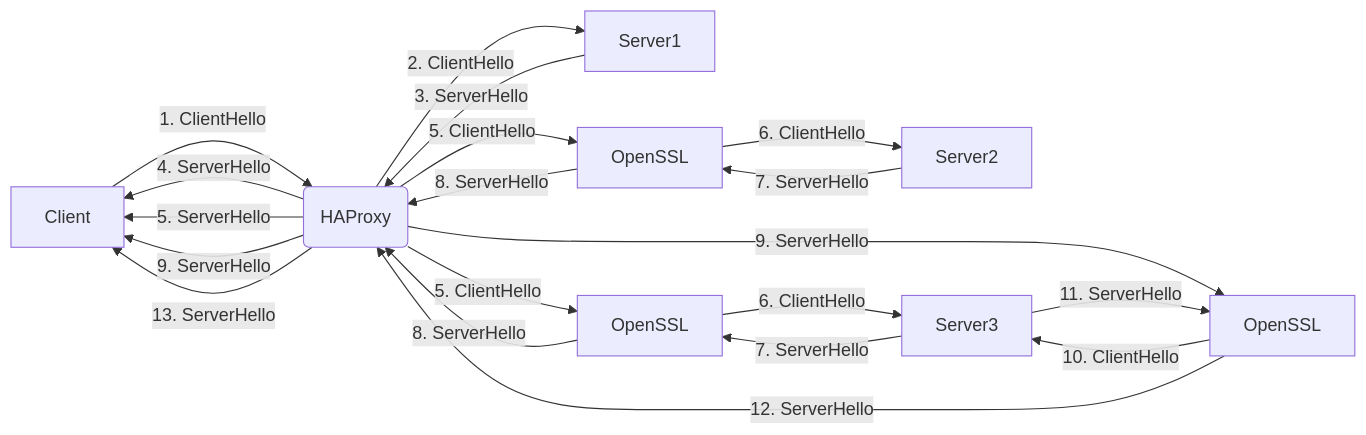
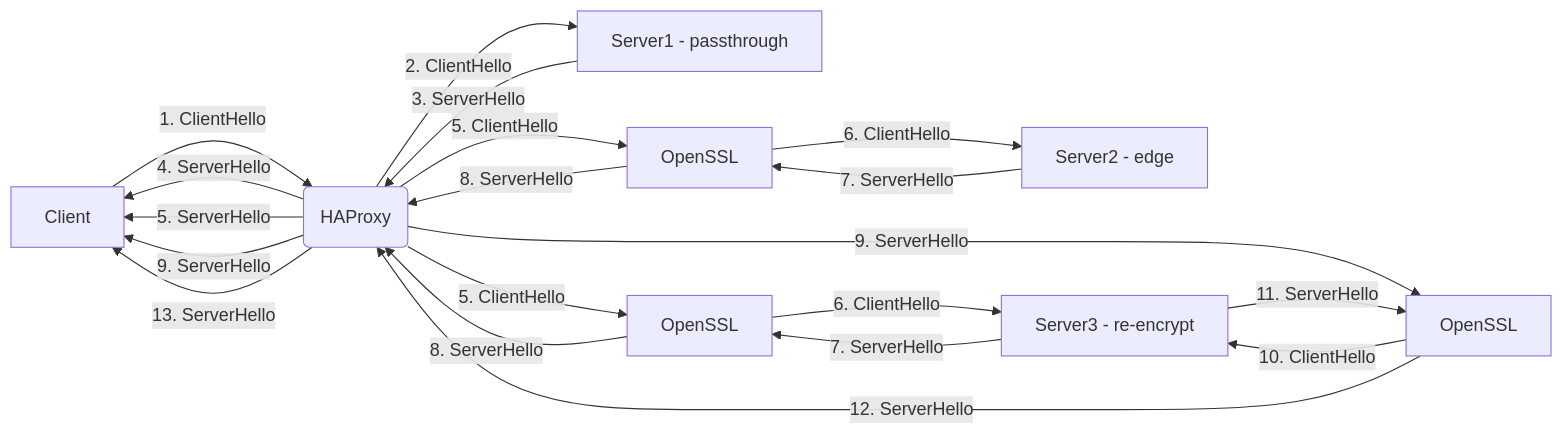
One commit to emmahone/haproxy-state-machine changed the second of 3 diagrams in README.md. Above: the diagram before and after it, drawn with Mermaid.

Commit message:
Add labels for edge, reencrypt, and passthrough

````diff
--- a/README.md
+++ b/README.md
@@ -28,28 +28,28 @@
 ```mermaid
 graph LR
   A[Client] -->|1. ClientHello| B(HAProxy);
-  B -->|2. ClientHello| C[Server1];
+  B -->|2. ClientHello| C[Server1 - passthrough];
   C -->|3. ServerHello| B;
   B -->|4. ServerHello| A;
   
   %% Passthrough
   B -->|5. ServerHello| A;
   
   %% Edge
   B -->|5. ClientHello| E[OpenSSL];
-  E -->|6. ClientHello| F[Server2];
+  E -->|6. ClientHello| F[Server2 - edge];
   F -->|7. ServerHello| E;
   E -->|8. ServerHello| B;
   B -->|9. ServerHello| A;
   
   %% Re-encrypt
   B -->|5. ClientHello| G[OpenSSL];
-  G -->|6. ClientHello| H[Server3];
+  G -->|6. ClientHello| H[Server3 - re-encrypt];
   H -->|7. ServerHello| G;
   G -->|8. ServerHello| B;
   B -->|9. ServerHello| I[OpenSSL];
   I -->|10. ClientHello| H;
   H -->|11. ServerHello| I;
   I -->|12. ServerHello| B;
   B -->|13. ServerHello| A;
 ```
````
